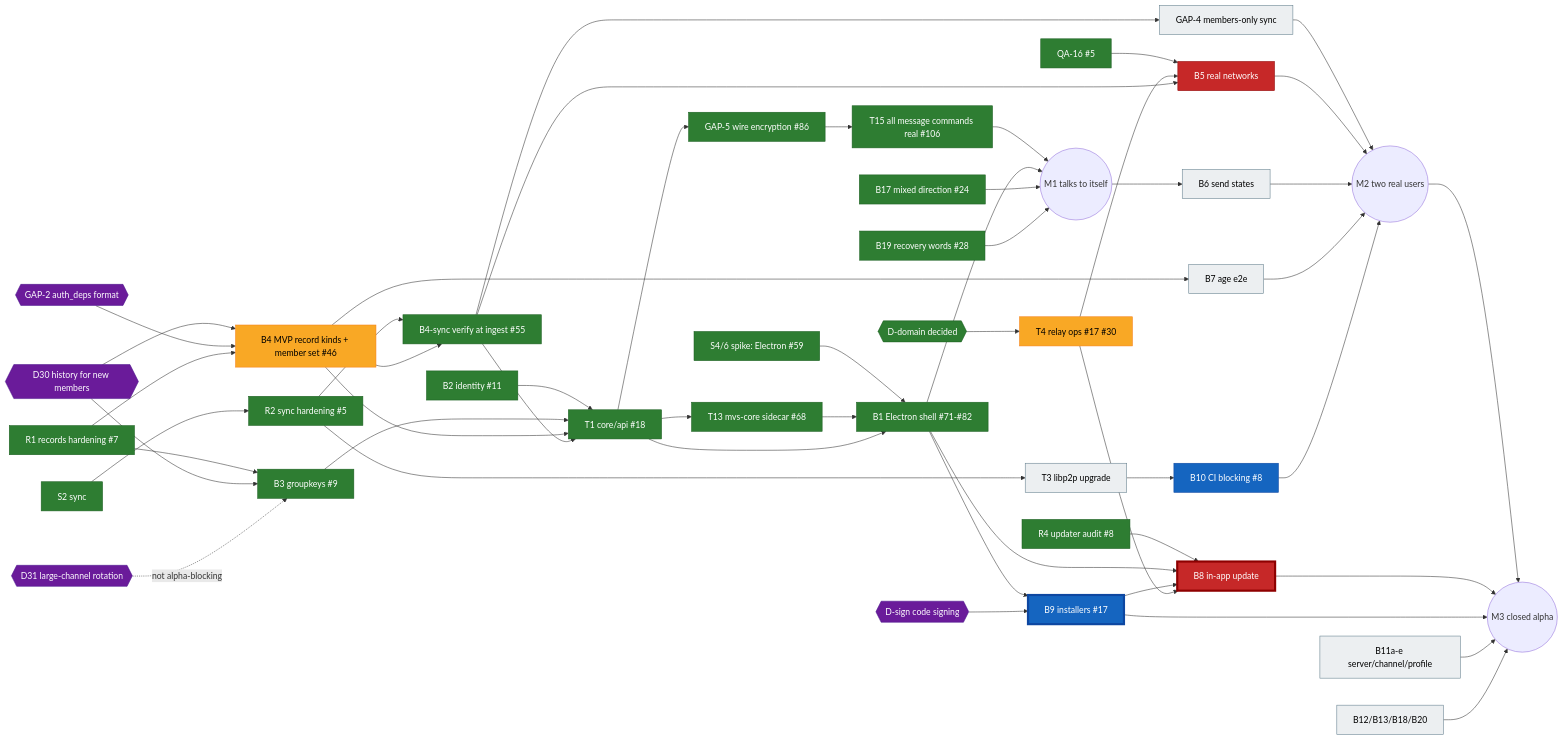
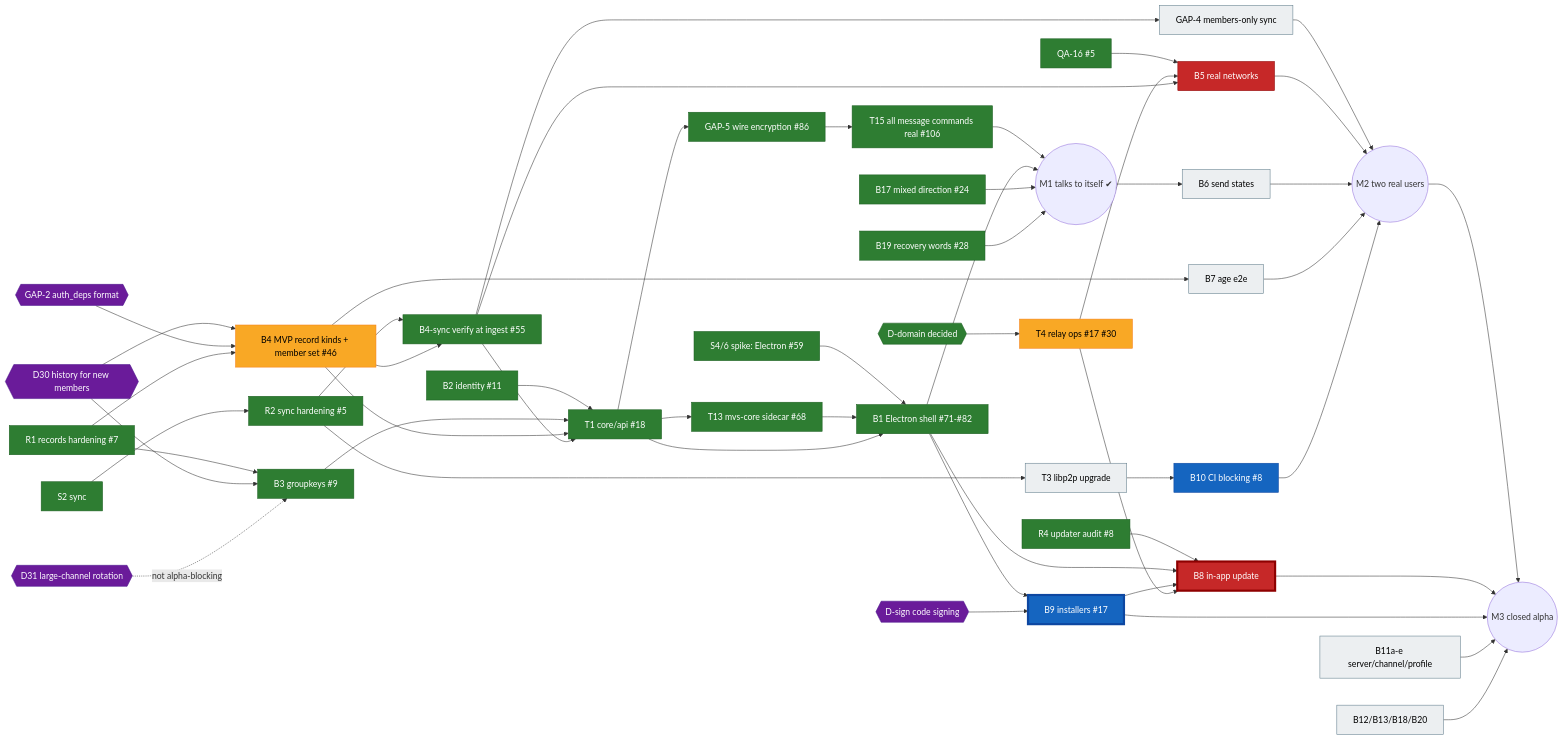
Before and after one commit to moranmoa/MVP: the diagram in docs/BOARD.md, drawn with Mermaid. The commit also changed other lines of this file, not shown here.

Commit message:
docs(board): refresh 10 — M1 done, GAP-4/B6-p/B23 done, B7-k 18+ keys, B23-z, T3 via #132

````diff
--- a/docs/BOARD.md
+++ b/docs/BOARD.md
@@ -178,61 +176,61 @@
 ```mermaid
 graph LR
   classDef done fill:#2e7d32,color:#fff,stroke:#1b5e20
   classDef review fill:#1565c0,color:#fff,stroke:#0d47a1
   classDef prog fill:#f9a825,color:#000,stroke:#f57f17
   classDef blocked fill:#c62828,color:#fff,stroke:#8e0000
   classDef todo fill:#eceff1,color:#000,stroke:#607d8b
   classDef decision fill:#6a1b9a,color:#fff,stroke:#4a148c
   classDef crit stroke-width:4px
 
   R1[R1 records hardening #7]:::done
   S2[S2 sync]:::done --> R2[R2 sync hardening #5]:::done
   B2[B2 identity #11]:::done
   R1 --> B3[B3 groupkeys #9]:::done
   D30{{D30 history for new members}}:::decision --> B3
   D30 --> B4
   D31{{D31 large-channel rotation}}:::decision -. not alpha-blocking .-> B3
   GAP2{{GAP-2 auth_deps format}}:::decision --> B4
   R1 --> B4[B4 MVP record kinds + member set #46]:::prog
   R2 --> B4S[B4-sync verify at ingest #55]:::done
   B4 --> B4S
   B2 --> T1[T1 core/api #18]:::done
   B3 --> T1
   B4 --> T1
   B4S --> T1
   T1 --> G5[GAP-5 wire encryption #86]:::done
   S46[S4/6 spike: Electron #59]:::done --> B1[B1 Electron shell #71-#82]:::done
   T1 --> T13[T13 mvs-core sidecar #68]:::done --> B1
   T1 --> B1
-  G5 --> T15[T15 all message commands real #106]:::done --> M1((M1 talks to itself))
+  G5 --> T15[T15 all message commands real #106]:::done --> M1((M1 talks to itself ✔))
   B1 --> M1
   B17[B17 mixed direction #24]:::done --> M1
   B19[B19 recovery words #28]:::done --> M1
 
   QA16[QA-16 #5]:::done --> B5
   DD{{D-domain decided}}:::done --> T4[T4 relay ops #17 #30]:::prog
   T4 --> B5[B5 real networks]:::blocked
   B4S --> G4[GAP-4 members-only sync]:::todo --> M2
   B4S --> B5
   M1 --> B6[B6 send states]:::todo
   B4 --> B7[B7 age e2e]:::todo
   B5 --> M2((M2 two real users))
   B6 --> M2
   B7 --> M2
   R2 --> T3[T3 libp2p upgrade]:::todo --> B10[B10 CI blocking #8]:::review
   B10 --> M2
 
   B1 --> B9[B9 installers #17]:::review
   DS{{D-sign code signing}}:::decision --> B9
   R4[R4 updater audit #8]:::done --> B8[B8 in-app update]:::blocked
   B1 --> B8
   B9 --> B8
   T4 --> B8
   M2 --> M3((M3 closed alpha))
   B8 --> M3
   B9 --> M3
   B11[B11a-e server/channel/profile]:::todo --> M3
   B12[B12/B13/B18/B20]:::todo --> M3
 
   class B9,B8 crit
 ```
````
